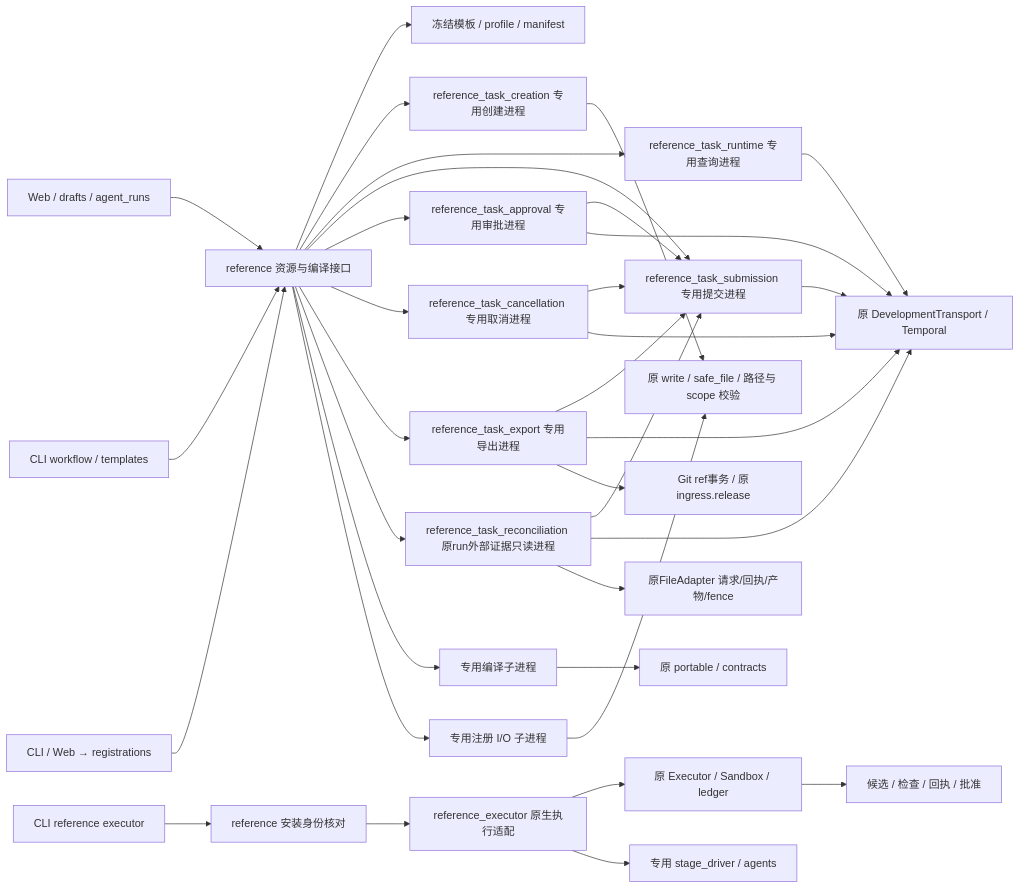
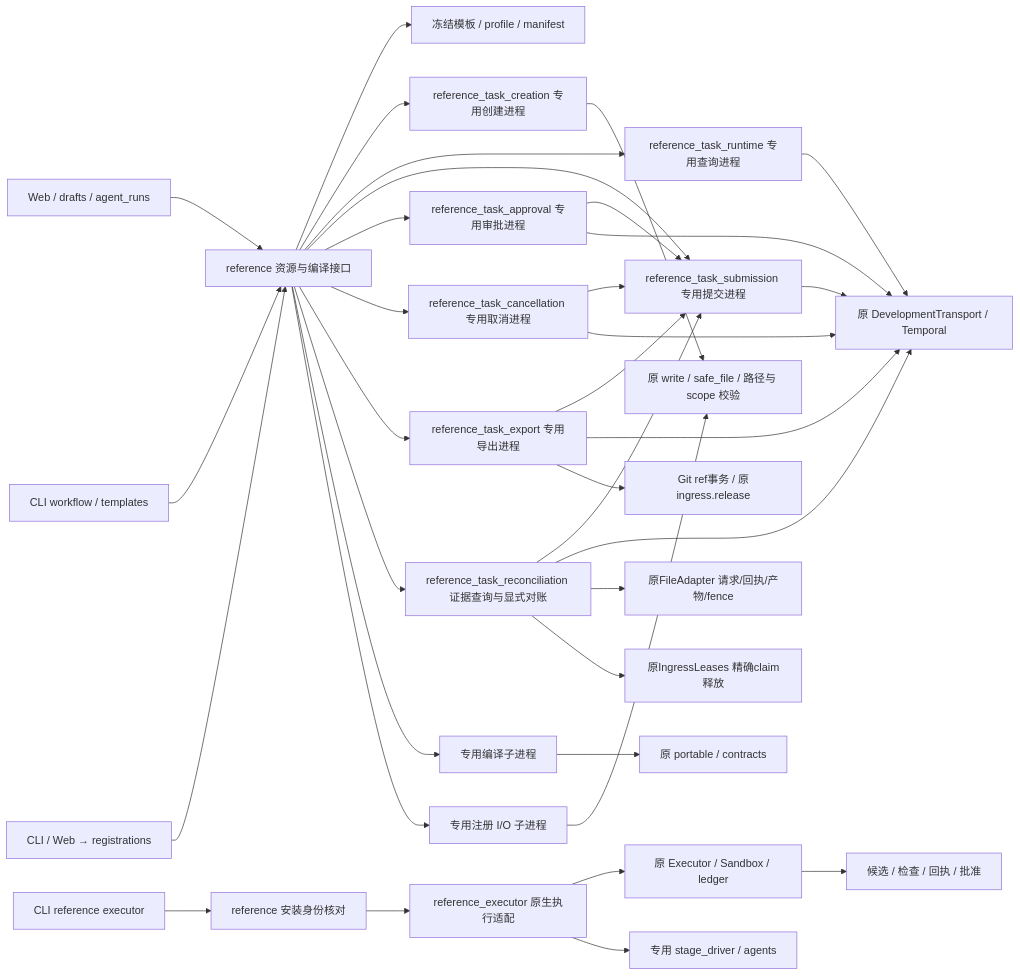
The diagram in docs/architecture/reference-boundary.md (626619403/Ergora), drawn with Mermaid before and after one commit. The commit also changed other lines of this file and 15 other files, not shown here.

Commit message:
feat: reconcile closed task cleanup before releasing ingress claims

````diff
--- a/docs/architecture/reference-boundary.md
+++ b/docs/architecture/reference-boundary.md
@@ -7,36 +7,37 @@
 ```mermaid
 flowchart LR
   Web[Web / drafts / agent_runs] --> Ref[reference 资源与编译接口]
   CLI[CLI workflow / templates] --> Ref
   Registration[CLI / Web → registrations] --> Ref
   Ref --> Resources[冻结模板 / profile / manifest]
   Ref --> Creation[reference_task_creation 专用创建进程]
   Creation --> Files
   Ref --> RuntimeQuery[reference_task_runtime 专用查询进程]
   RuntimeQuery --> Transport[原 DevelopmentTransport / Temporal]
   Ref --> Submission[reference_task_submission 专用提交进程]
   Submission --> Transport
   Ref --> Approval[reference_task_approval 专用审批进程]
   Approval --> Submission
   Approval --> Transport
   Ref --> Cancellation[reference_task_cancellation 专用取消进程]
   Cancellation --> Submission
   Cancellation --> Transport
   Ref --> Export[reference_task_export 专用导出进程]
-  Ref --> ExternalStatus[reference_task_reconciliation 原run外部证据只读进程]
+  Ref --> ExternalStatus[reference_task_reconciliation 证据查询与显式对账]
   ExternalStatus --> Submission
   ExternalStatus --> Transport
   ExternalStatus --> Adapter[原FileAdapter 请求/回执/产物/fence]
+  ExternalStatus --> Ingress[原IngressLeases 精确claim释放]
   Export --> Submission
   Export --> Transport
   Export --> Git[Git ref事务 / 原ingress.release]
   Ref --> Compiler[专用编译子进程]
   Compiler --> Portable[原 portable / contracts]
   Ref --> Projection[专用注册 I/O 子进程]
   Projection --> Files[原 write / safe_file / 路径与 scope 校验]
   ExecCLI[CLI reference executor] --> Identity[reference 安装身份核对]
   Identity --> Bridge[reference_executor 原生执行适配]
   Bridge --> Original[原 Executor / Sandbox / ledger]
   Bridge --> Driver[专用 stage_driver / agents]
   Original --> Evidence[候选 / 检查 / 回执 / 批准]
 ```
````
